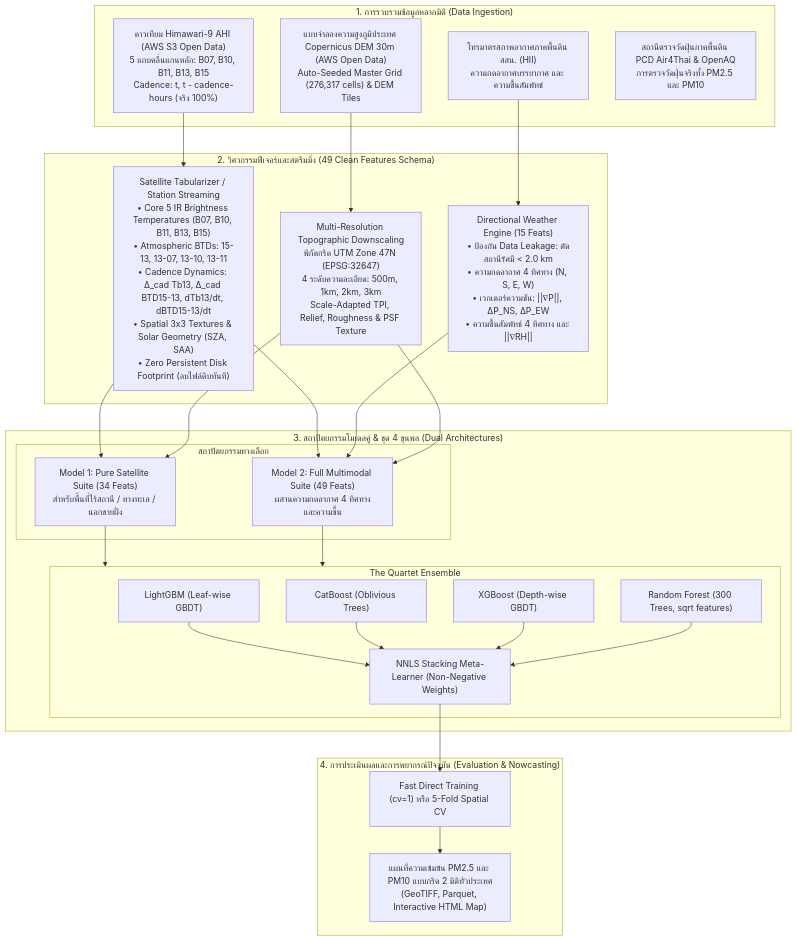
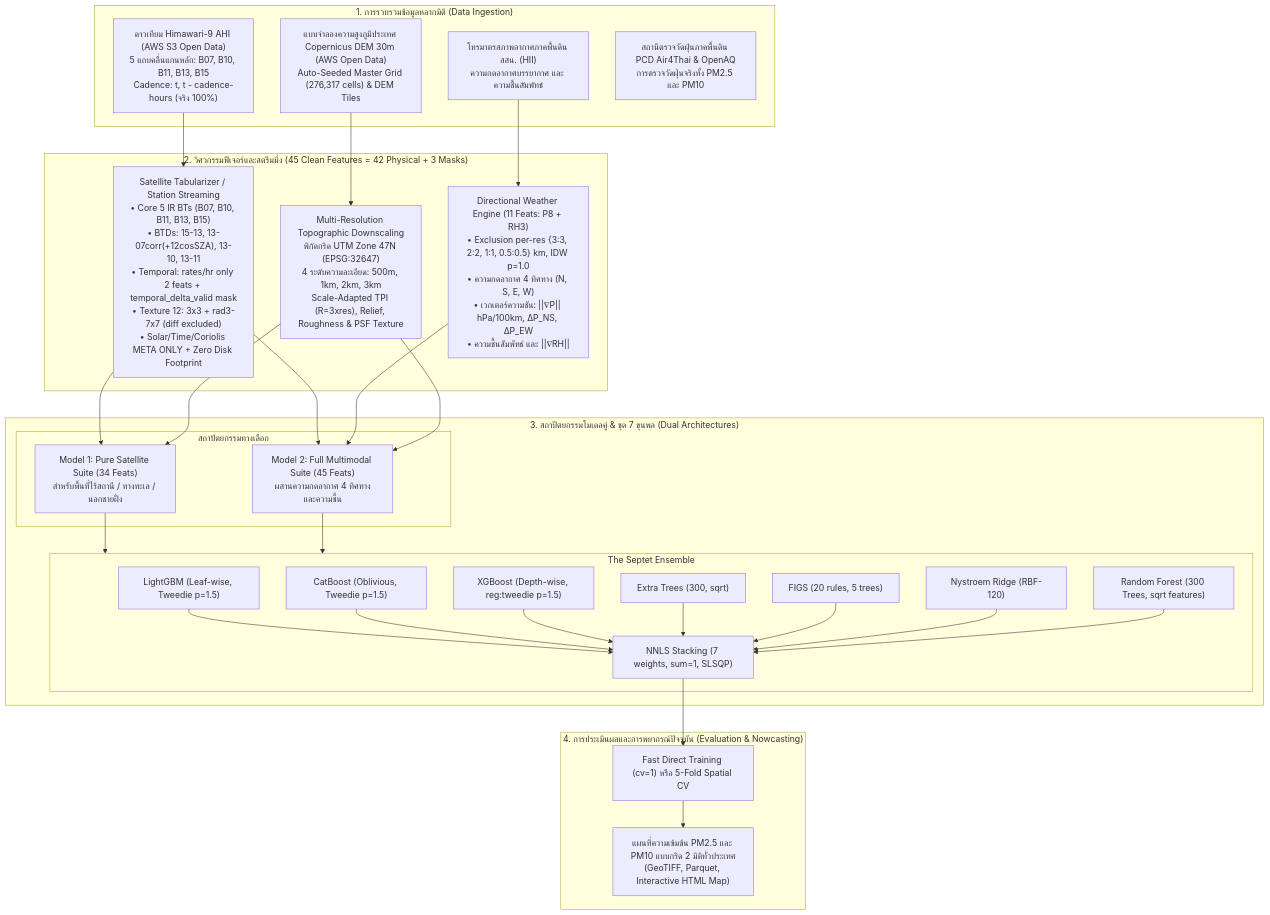
One commit to korarit/dust-from-satellite-image-thailand changed the diagram in README.md. Above: the diagram before and after it, drawn with Mermaid. The commit also changed other lines of this file and 3 other files, not shown here.

Commit message:
docs: sync 4 docs with src (Septet 7, Clean 45 schema, mono x2, meta-only solar)

````diff
--- a/README.md
+++ b/README.md
@@ -79,43 +84,46 @@
 ```mermaid
 flowchart TD
     subgraph DataSources ["1. การรวบรวมข้อมูลหลากมิติ (Data Ingestion)"]
         H9["ดาวเทียม Himawari-9 AHI (AWS S3 Open Data)<br>5 แถบคลื่นแกนหลัก: B07, B10, B11, B13, B15<br>Cadence: t, t - cadence-hours (จริง 100%)"]
         HII["โทรมาตรสภาพอากาศภาคพื้นดิน สสน. (HII)<br>ความกดอากาศบรรยากาศ และ ความชื้นสัมพัทธ์"]
         DEM["แบบจำลองความสูงภูมิประเทศ Copernicus DEM 30m (AWS Open Data)<br>Auto-Seeded Master Grid (276,317 cells) & DEM Tiles"]
         GT["สถานีตรวจวัดฝุ่นภาคพื้นดิน PCD Air4Thai & OpenAQ<br>การตรวจวัดฝุ่นจริงทั้ง PM2.5 และ PM10"]
     end
 
-    subgraph FeatureEngineering ["2. วิศวกรรมฟีเจอร์และสตรีมมิ่ง (49 Clean Features Schema)"]
-        SatTab["Satellite Tabularizer / Station Streaming<br>• Core 5 IR Brightness Temperatures (B07, B10, B11, B13, B15)<br>• Atmospheric BTDs: 15-13, 13-07, 13-10, 13-11<br>• Cadence Dynamics: Δ_cad Tb13, Δ_cad BTD15-13, dTb13/dt, dBTD15-13/dt<br>• Spatial 3x3 Textures & Solar Geometry (SZA, SAA)<br>• Zero Persistent Disk Footprint (ลบไฟล์ดิบทันที)"]
-        DirPress["Directional Weather Engine (15 Feats)<br>• ป้องกัน Data Leakage: ตัดสถานีรัศมี < 2.0 km<br>• ความกดอากาศ 4 ทิศทาง (N, S, E, W)<br>• เวกเตอร์ความชัน: ||∇P||, ΔP_NS, ΔP_EW<br>• ความชื้นสัมพัทธ์ 4 ทิศทาง และ ||∇RH||"]
-        GridEng["Multi-Resolution Topographic Downscaling<br>พิกัดกริด UTM Zone 47N (EPSG:32647)<br>4 ระดับความละเอียด: 500m, 1km, 2km, 3km<br>Scale-Adapted TPI, Relief, Roughness & PSF Texture"]
+    subgraph FeatureEngineering ["2. วิศวกรรมฟีเจอร์และสตรีมมิ่ง (45 Clean Features = 42 Physical + 3 Masks)"]
+        SatTab["Satellite Tabularizer / Station Streaming<br>• Core 5 IR BTs (B07, B10, B11, B13, B15)<br>• BTDs: 15-13, 13-07corr(+12cosSZA), 13-10, 13-11<br>• Temporal: rates/hr only 2 feats + temporal_delta_valid mask<br>• Texture 12: 3x3 + rad3-7x7 (diff excluded)<br>• Solar/Time/Coriolis META ONLY + Zero Disk Footprint"]
+        DirPress["Directional Weather Engine (11 Feats: P8 + RH3)<br>• Exclusion per-res {3:3, 2:2, 1:1, 0.5:0.5} km, IDW p=1.0<br>• ความกดอากาศ 4 ทิศทาง (N, S, E, W)<br>• เวกเตอร์ความชัน: ||∇P|| hPa/100km, ΔP_NS, ΔP_EW<br>• ความชื้นสัมพัทธ์ และ ||∇RH||"]
+        GridEng["Multi-Resolution Topographic Downscaling<br>พิกัดกริด UTM Zone 47N (EPSG:32647)<br>4 ระดับความละเอียด: 500m, 1km, 2km, 3km<br>Scale-Adapted TPI (R=3xres), Relief, Roughness & PSF Texture"]
     end
 
-    subgraph ModelingSuite ["3. สถาปัตยกรรมโมเดลคู่ & ชุด 4 ขุนพล (Dual Architectures)"]
+    subgraph ModelingSuite ["3. สถาปัตยกรรมโมเดลคู่ & ชุด 7 ขุนพล (Dual Architectures)"]
         subgraph Architectures ["สถาปัตยกรรมทางเลือก"]
             M1["Model 1: Pure Satellite Suite (34 Feats)<br>สำหรับพื้นที่ไร้สถานี / ทางทะเล / นอกชายฝั่ง"]
-            M2["Model 2: Full Multimodal Suite (49 Feats)<br>ผสานความกดอากาศ 4 ทิศทางและความชื้น"]
+            M2["Model 2: Full Multimodal Suite (45 Feats)<br>ผสานความกดอากาศ 4 ทิศทางและความชื้น"]
         end
-        subgraph Quartet ["The Quartet Ensemble"]
-            LGB["LightGBM (Leaf-wise GBDT)"]
-            CAT["CatBoost (Oblivious Trees)"]
-            XGB["XGBoost (Depth-wise GBDT)"]
+        subgraph Septet ["The Septet Ensemble"]
+            LGB["LightGBM (Leaf-wise, Tweedie p=1.5)"]
+            CAT["CatBoost (Oblivious, Tweedie p=1.5)"]
+            XGB["XGBoost (Depth-wise, reg:tweedie p=1.5)"]
+            ET["Extra Trees (300, sqrt)"]
+            FIGS["FIGS (20 rules, 5 trees)"]
+            NYS["Nystroem Ridge (RBF-120)"]
             RF["Random Forest (300 Trees, sqrt features)"]
-            Meta["NNLS Stacking Meta-Learner (Non-Negative Weights)"]
+            Meta["NNLS Stacking (7 weights, sum=1, SLSQP)"]
         end
     end
 
     subgraph EvaluationInference ["4. การประเมินผลและการพยากรณ์ปัจจุบัน (Evaluation & Nowcasting)"]
         CV["Fast Direct Training (cv=1) หรือ 5-Fold Spatial CV"]
         Map["แผนที่ความเข้มข้น PM2.5 และ PM10 แบบกริด 2 มิติทั่วประเทศ<br>(GeoTIFF, Parquet, Interactive HTML Map)"]
     end
 
     H9 --> SatTab
     HII --> DirPress
     DEM --> GridEng
     SatTab & GridEng --> M1
     SatTab & DirPress & GridEng --> M2
-    M1 & M2 --> Quartet
-    LGB & CAT & XGB & RF --> Meta
+    M1 & M2 --> Septet
+    LGB & CAT & XGB & ET & FIGS & NYS & RF --> Meta
     Meta --> CV --> Map
 ```
````
